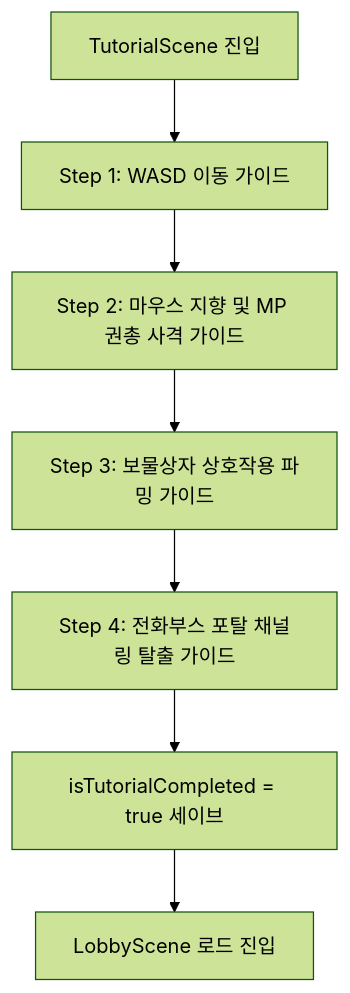
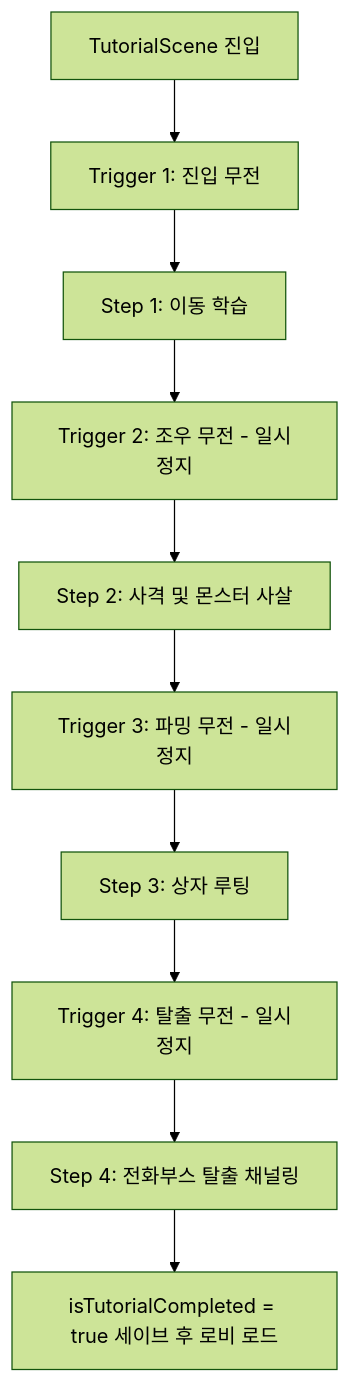
One commit to Jin-o12/Document_LucidDiver changed the diagram in LucidDiver_Document/검수/P1_컨셉기획/튜토리얼_기획서.md. Above: the diagram before and after it, drawn with Mermaid (forest theme). The commit also changed other lines of this file and 3 other files, not shown here.

````diff
--- a/LucidDiver_Document/검수/P1_컨셉기획/튜토리얼_기획서.md
+++ b/LucidDiver_Document/검수/P1_컨셉기획/튜토리얼_기획서.md
@@ -38,9 +87,12 @@
 ```mermaid
 flowchart TD
-    A[TutorialScene 진입] --> B[Step 1: WASD 이동 가이드]
-    B --> C[Step 2: 마우스 지향 및 MP 권총 사격 가이드]
-    C --> D[Step 3: 보물상자 상호작용 파밍 가이드]
-    D --> E[Step 4: 전화부스 포탈 채널링 탈출 가이드]
-    E --> F[isTutorialCompleted = true 세이브]
-    F --> G[LobbyScene 로드 진입]
+    A[TutorialScene 진입] --> B[Trigger 1: 진입 무전]
+    B --> C[Step 1: 이동 학습]
+    C --> D[Trigger 2: 조우 무전 - 일시정지]
+    D --> E[Step 2: 사격 및 몬스터 사살]
+    E --> F[Trigger 3: 파밍 무전 - 일시정지]
+    F --> G[Step 3: 상자 루팅]
+    G --> H[Trigger 4: 탈출 무전 - 일시정지]
+    H --> I[Step 4: 전화부스 탈출 채널링]
+    I --> J[isTutorialCompleted = true 세이브 후 로비 로드]
 ```
````
